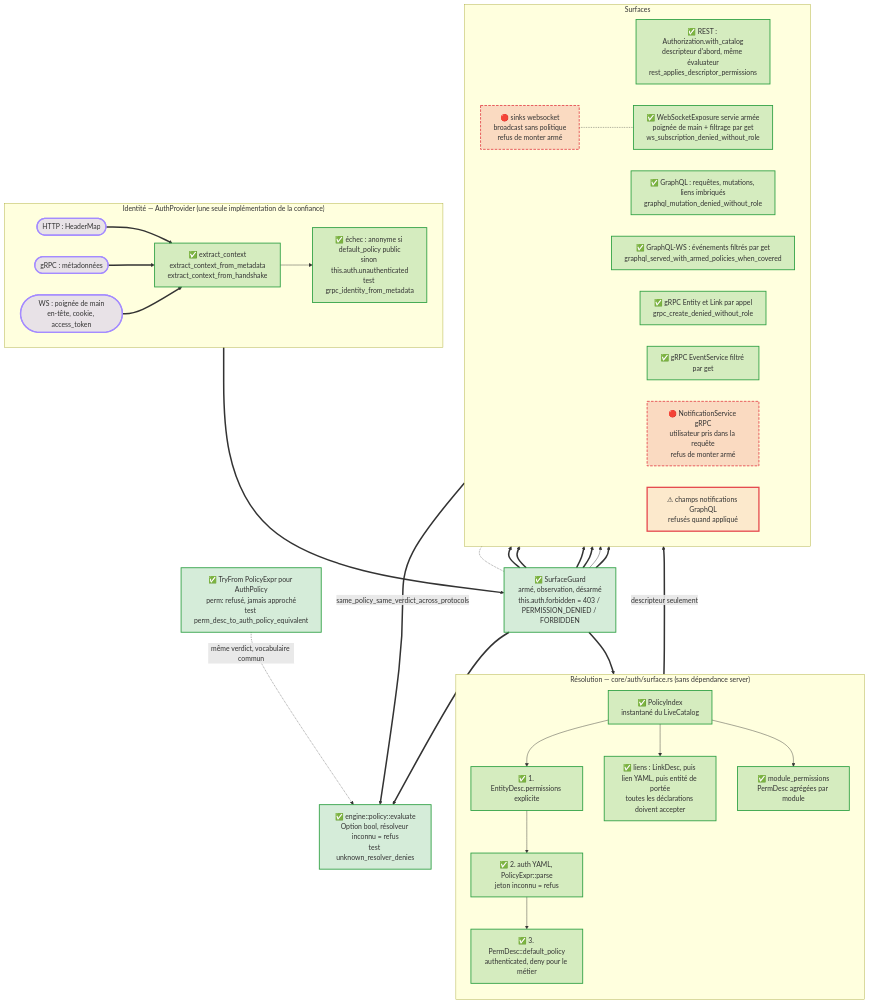
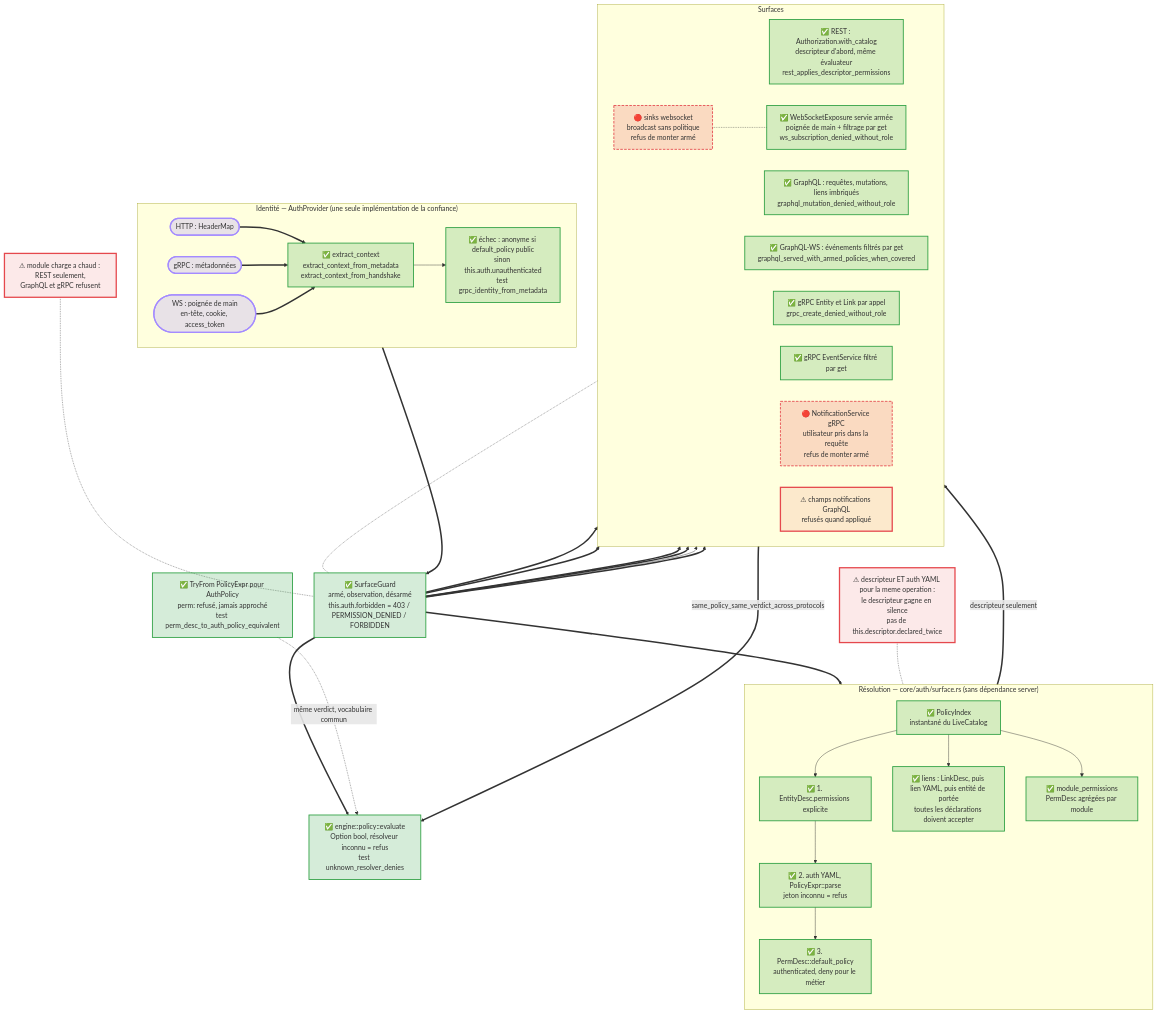
The diagram in docs/atlas/module-descriptor/auth-multi-protocole.mmd (this-rs/this), drawn with Mermaid before and after one commit. The commit also changed 13 other files, not shown here.

First line of the commit message:
docs(module-descriptor): delivered state in the RFC and diagrams aligned with the integrated code

```diff
--- a/docs/atlas/module-descriptor/auth-multi-protocole.mmd
+++ b/docs/atlas/module-descriptor/auth-multi-protocole.mmd
@@ -1,69 +1,76 @@
-%% name: module-descriptor · auth multi-protocole par opération
-%% PROUVE : une seule résolution (descripteur, puis auth YAML, puis défaut) et un seul évaluateur à trois valeurs servent REST (politiques du descripteur), GraphQL, gRPC, GraphQL-WS et WebSocketExposure ; même verdict testé sur REST, GraphQL et gRPC (same_policy_same_verdict_across_protocols).
+%% name: module-descriptor-auth
+%% QUESTION : qui decide d'une operation, sur quelle surface, avec quelle politique ?
+%% PROUVE (integration, MESURE par la revue) : e2e policy_denied_on_all_protocols (REST, GraphQL, gRPC), 6/6 ok.
+%% REVUE FINALE (LU) : PolicyIndex::entity_policy rend la politique du descripteur et IGNORE en silence la meme operation dans auth YAML (redeclaration non signalee) ; refus 403 REST historique non localise.
+%% PROUVE (flux auth) :une seule résolution (descripteur, puis auth YAML, puis défaut) et un seul évaluateur à trois valeurs servent REST (politiques du descripteur), GraphQL, gRPC, GraphQL-WS et WebSocketExposure ; même verdict testé sur REST, GraphQL et gRPC (same_policy_same_verdict_across_protocols).
 %% LU : core/auth/{surface,descriptor_policy,mod}.rs, server/exposure/{guard,mod}.rs, grpc/{identity,entity_service,link_service,event_service,mod}.rs, graphql/{mod,subscription_handler}.rs, graphql/executor/*.rs, middleware/authorization.rs, websocket/{mod,handler,manager}.rs, rest/mod.rs, tests/auth_surfaces.rs
 %% NON ÉTABLI : NotificationService gRPC et champs notifications GraphQL refusés armés (IDOR) ; sinks websocket refusés armés (broadcast) ; REST garde la grammaire plate pour les politiques YAML (seules les politiques du descripteur passent par engine::policy) ; e2e gRPC par trames HTTP sur le routeur armé, pas par client tonic.
 flowchart TB
   classDef ok       fill:#2ea04333,stroke:#2ea043,stroke-width:2px
   classDef todo     fill:#f0a02033,stroke:#d98a00,stroke-width:2px
   classDef refused  fill:#e5484d33,stroke:#e5484d,stroke-width:2px,stroke-dasharray:6 3
   classDef upstream fill:#8b8fa322,stroke:#8b8fa3,stroke-dasharray:3 3
   classDef trap     fill:#e5484d1f,stroke:#e5484d,stroke-width:3px
   classDef entry    fill:#a48bff40,stroke:#a48bff,stroke-width:3px
 
   subgraph ID["Identité — AuthProvider (une seule implémentation de la confiance)"]
     direction LR
     H(["HTTP : HeaderMap"]):::entry
     M(["gRPC : métadonnées"]):::entry
     W(["WS : poignée de main<br/>en-tête, cookie, access_token"]):::entry
     X["✅ extract_context<br/>extract_context_from_metadata<br/>extract_context_from_handshake"]:::ok
     F["✅ échec : anonyme si default_policy public<br/>sinon this.auth.unauthenticated<br/>test grpc_identity_from_metadata"]:::ok
   end
 
   subgraph RES["Résolution — core/auth/surface.rs (sans dépendance server)"]
     direction TB
     PI["✅ PolicyIndex<br/>instantané du LiveCatalog"]:::ok
     D1["✅ 1. EntityDesc.permissions explicite"]:::ok
     D2["✅ 2. auth YAML, PolicyExpr::parse<br/>jeton inconnu = refus"]:::ok
     D3["✅ 3. PermDesc::default_policy<br/>authenticated, deny pour le métier"]:::ok
     LK["✅ liens : LinkDesc, puis lien YAML, puis entité de portée<br/>toutes les déclarations doivent accepter"]:::ok
     AG["✅ module_permissions<br/>PermDesc agrégées par module"]:::ok
   end
 
   EV["✅ engine::policy::evaluate<br/>Option bool, résolveur inconnu = refus<br/>test unknown_resolver_denies"]:::ok
   CV["✅ TryFrom PolicyExpr pour AuthPolicy<br/>perm: refusé, jamais approché<br/>test perm_desc_to_auth_policy_equivalent"]:::ok
   G["✅ SurfaceGuard<br/>armé, observation, désarmé<br/>this.auth.forbidden = 403 / PERMISSION_DENIED / FORBIDDEN"]:::ok
 
   subgraph SURF["Surfaces"]
     direction LR
     R["✅ REST : Authorization.with_catalog<br/>descripteur d'abord, même évaluateur<br/>rest_applies_descriptor_permissions"]:::ok
     GQ["✅ GraphQL : requêtes, mutations, liens imbriqués<br/>graphql_mutation_denied_without_role"]:::ok
     GS["✅ GraphQL-WS : événements filtrés par get<br/>graphql_served_with_armed_policies_when_covered"]:::ok
     GR["✅ gRPC Entity et Link par appel<br/>grpc_create_denied_without_role"]:::ok
     GE["✅ gRPC EventService filtré par get"]:::ok
     NS["🔴 NotificationService gRPC<br/>utilisateur pris dans la requête<br/>refus de monter armé"]:::refused
     WS["✅ WebSocketExposure servie armée<br/>poignée de main + filtrage par get<br/>ws_subscription_denied_without_role"]:::ok
     WK["🔴 sinks websocket<br/>broadcast sans politique<br/>refus de monter armé"]:::refused
     NQ["⚠ champs notifications GraphQL<br/>refusés quand appliqué"]:::trap
   end
 
   H ==> X
   M ==> X
   W ==> X
   X --> F
   X ==> G
   PI --> D1 --> D2 --> D3
   PI --> LK
   PI --> AG
   G ==> PI
   G ==> EV
   CV -.->|"même verdict, vocabulaire commun"| EV
   G ==> GQ
   G ==> GS
   G ==> GR
   G ==> GE
   G --> NQ
   PI ==>|"descripteur seulement"| R
   R ==>|"same_policy_same_verdict_across_protocols"| EV
   NS -.- G
   G ==> WS
   WK -.- WS
+  TW["⚠ descripteur ET auth YAML pour la meme operation :<br/>le descripteur gagne en silence<br/>pas de this.descriptor.declared_twice"]:::trap
+  TW -.- D2
+  HL["⚠ module charge a chaud : REST seulement,<br/>GraphQL et gRPC refusent"]:::trap
+  HL -.- G
```
